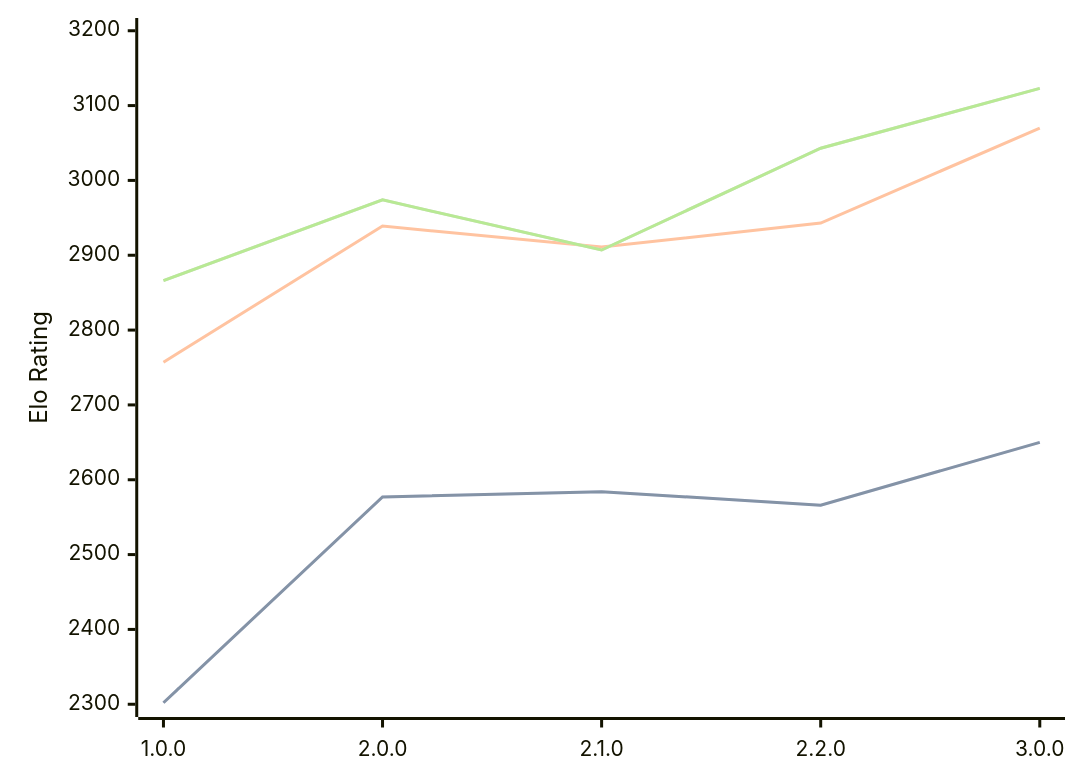
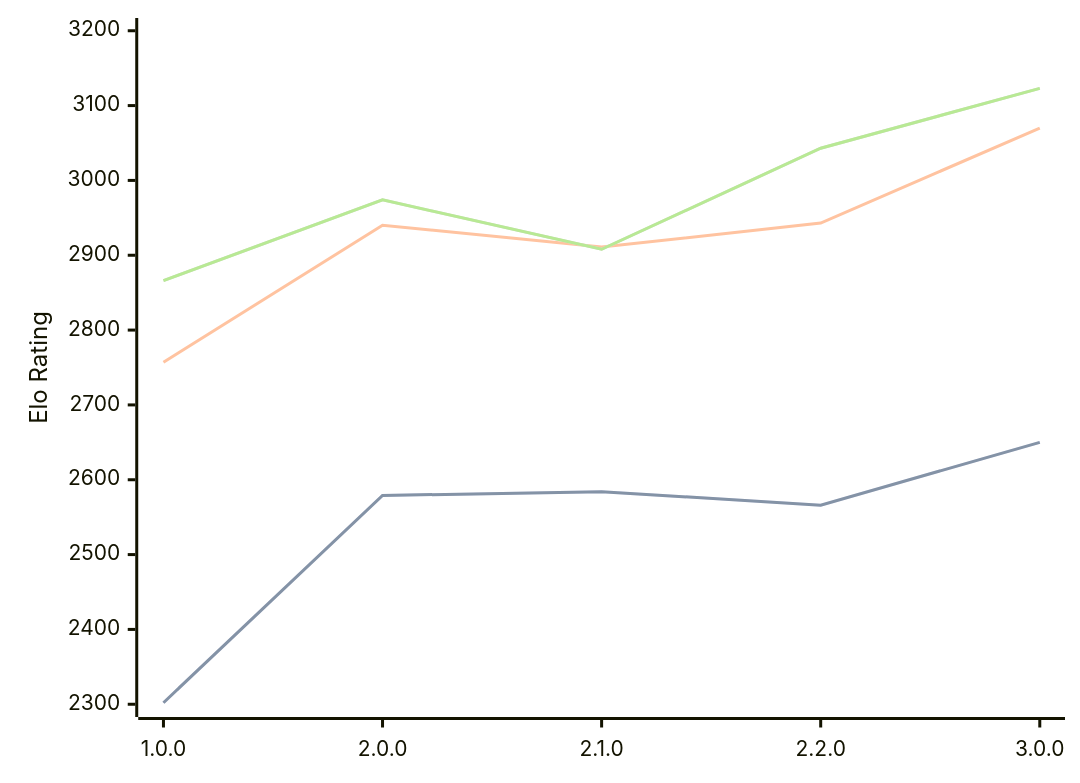
One commit to computer-chess-index/cci changed the diagram in engines/Catalyst.md. Above: the diagram before and after it, drawn with Mermaid. The commit also changed other lines of this file, not shown here.

Commit message:
Update CCI Ratings (ELO VLTC) - 2026-07-30

````diff
--- a/engines/Catalyst.md
+++ b/engines/Catalyst.md
@@ -36,11 +36,11 @@
 ```mermaid
 %%{init: {"theme":"base","themeVariables":{"seriesColors:['#a3a3a3','#222221','#faa371']}}}%%
 xychart-beta
   x-axis ["1.0.0", "2.0.0", "2.1.0", "2.2.0", "3.0.0"]
   y-axis "Elo Rating" 2300 --> 3200
-  line "STC (8.0+0.08s)" [2302, 2577, 2584, 2566, 2650]
-  line "STC (8.0+0.08s)" [2302, 2577, 2584, 2566, 2650]
-  line "LTC (60.0+0.60s)" [2757, 2939, 2911, 2943, 3070]
-  line "VLTC (2m24s+1.12s)" [2866, 2974, 2907, 3043, 3123]
-  line "VLTC (2m24s+1.12s)" [2866, 2974, 2907, 3043, 3123]
+  line "STC (8.0+0.08s)" [2302, 2579, 2584, 2566, 2650]
+  line "STC (8.0+0.08s)" [2302, 2579, 2584, 2566, 2650]
+  line "LTC (60.0+0.60s)" [2757, 2940, 2911, 2943, 3070]
+  line "VLTC (2m24s+1.12s)" [2866, 2974, 2908, 3043, 3123]
+  line "VLTC (2m24s+1.12s)" [2866, 2974, 2908, 3043, 3123]
 ```
````
